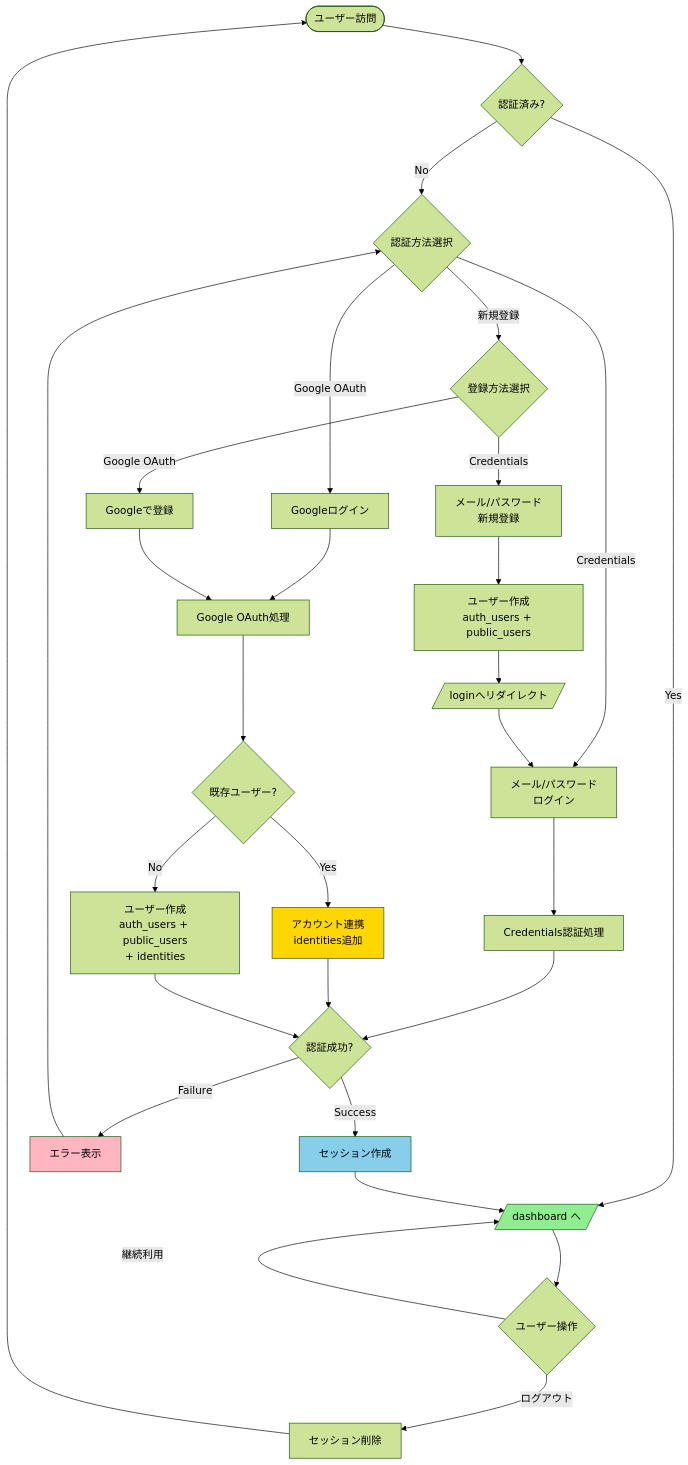
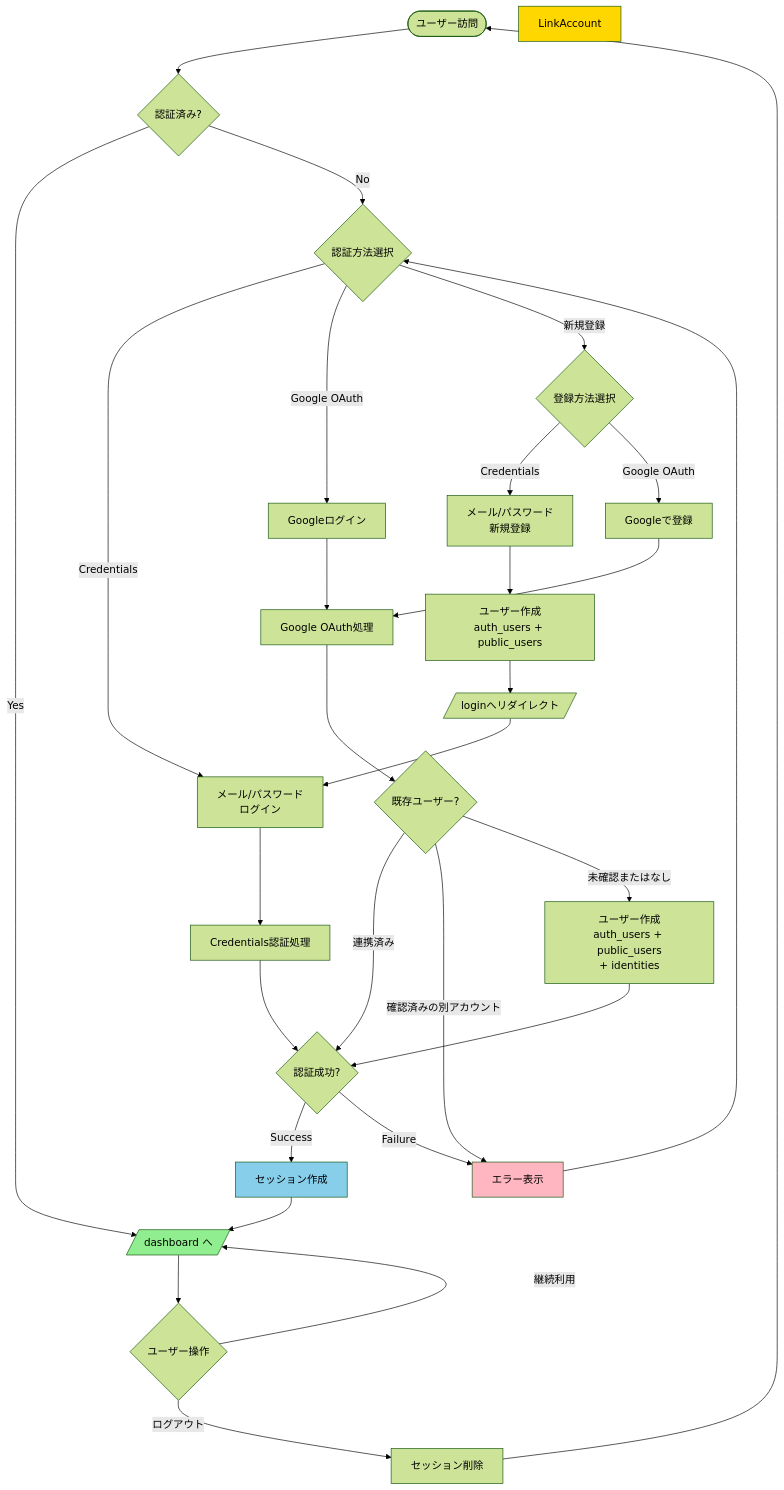
One commit to kazumadev619-dev/FishingConditionsApp changed the first of 11 diagrams in docs/reference/authentication-diagrams.md. Above: the diagram before and after it, drawn with Mermaid (forest theme). The commit also changed other lines of this file and 26 other files, not shown here.

````diff
--- a/docs/reference/authentication-diagrams.md
+++ b/docs/reference/authentication-diagrams.md
@@ -9,47 +9,47 @@
 ```mermaid
 flowchart TD
     Start([ユーザー訪問]) --> CheckAuth{認証済み?}
 
     CheckAuth -->|Yes| Dashboard[/dashboard へ/]
     CheckAuth -->|No| LoginChoice{認証方法選択}
 
     LoginChoice -->|Credentials| CredLogin[メール/パスワード<br/>ログイン]
     LoginChoice -->|Google OAuth| GoogleLogin[Googleログイン]
     LoginChoice -->|新規登録| RegisterChoice{登録方法選択}
 
     RegisterChoice -->|Credentials| CredRegister[メール/パスワード<br/>新規登録]
     RegisterChoice -->|Google OAuth| GoogleRegister[Googleで登録]
 
     CredLogin --> CredAuth[Credentials認証処理]
     GoogleLogin --> GoogleAuth[Google OAuth処理]
 
     CredRegister --> CreateCredUser[ユーザー作成<br/>auth_users + public_users]
     GoogleRegister --> GoogleAuth
 
     GoogleAuth --> CheckExisting{既存ユーザー?}
-    CheckExisting -->|Yes| LinkAccount[アカウント連携<br/>identities追加]
-    CheckExisting -->|No| CreateOAuthUser[ユーザー作成<br/>auth_users + public_users<br/>+ identities]
+    CheckExisting -->|連携済み| AuthSuccess
+    CheckExisting -->|確認済みの別アカウント| ShowError
+    CheckExisting -->|未確認またはなし| CreateOAuthUser[ユーザー作成<br/>auth_users + public_users<br/>+ identities]
 
     CredAuth --> AuthSuccess{認証成功?}
     CreateCredUser --> LoginRedirect[/loginへリダイレクト/]
-    LinkAccount --> AuthSuccess
     CreateOAuthUser --> AuthSuccess
     LoginRedirect --> CredLogin
 
     AuthSuccess -->|Success| CreateSession[セッション作成]
     AuthSuccess -->|Failure| ShowError[エラー表示]
 
     CreateSession --> Dashboard
     ShowError --> LoginChoice
 
     Dashboard --> UserAction{ユーザー操作}
     UserAction -->|ログアウト| Logout[セッション削除]
     UserAction -->|継続利用| Dashboard
 
     Logout --> Start
 
     style Dashboard fill:#90EE90
     style ShowError fill:#FFB6C1
     style CreateSession fill:#87CEEB
     style LinkAccount fill:#FFD700
 ```
````
